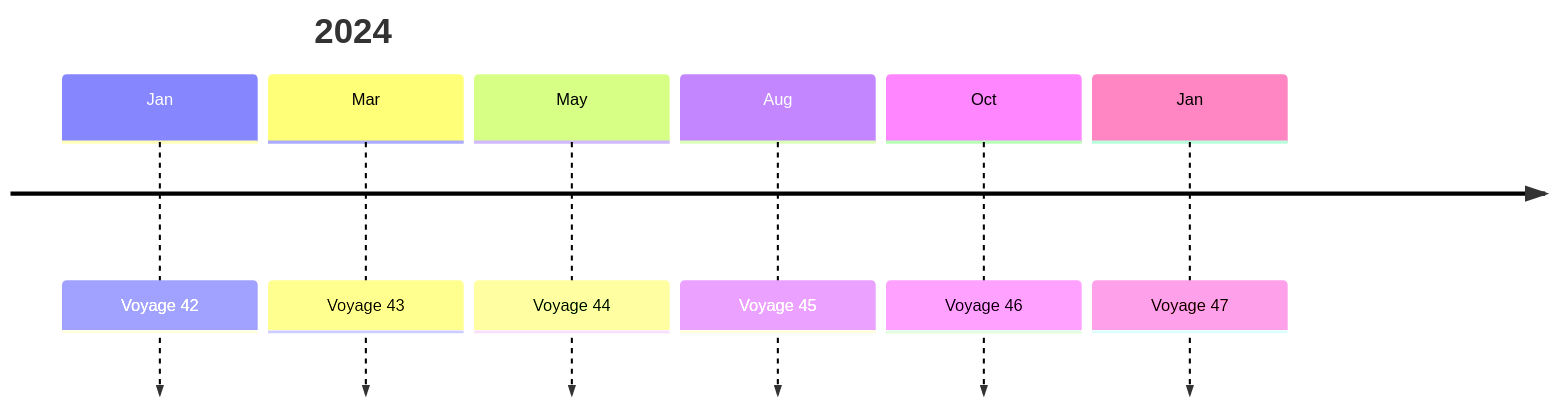
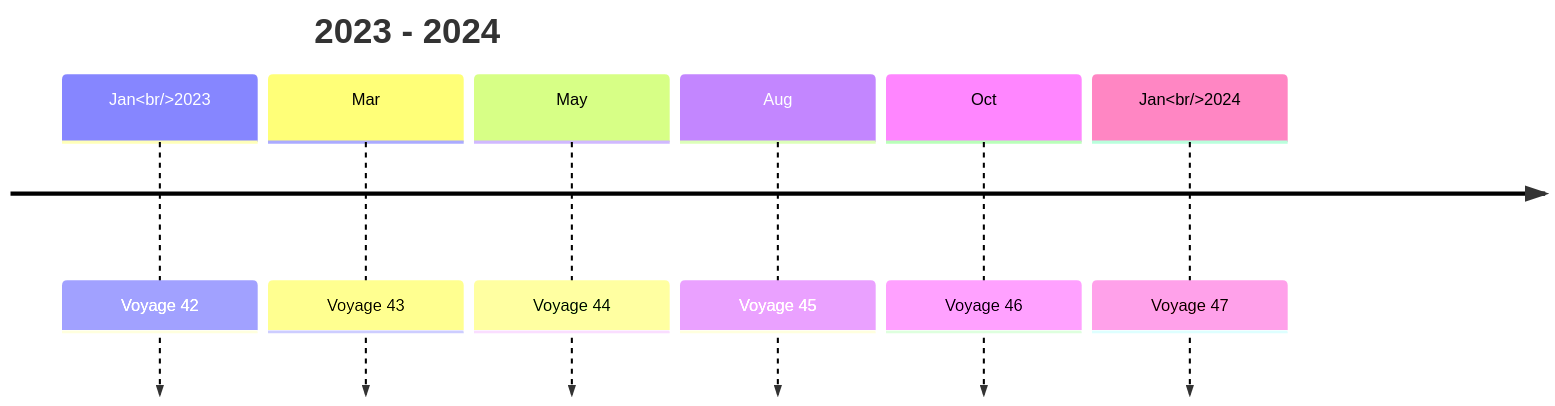
The diagram in docs/guides/voyage.md (chingu-voyages/Handbook), drawn with Mermaid before and after one commit. The commit also changed other lines of this file, not shown here.

Commit message:
Feature: Update Voyage schedule [WIP]

````diff
--- a/docs/guides/voyage.md
+++ b/docs/guides/voyage.md
@@ -17,11 +17,10 @@
 ```mermaid
 timeline
-    title 2023
-    Jan : Voyage 42
+    title 2023 - 2024
+    Jan<br/>2023 : Voyage 42
     Mar : Voyage 43
     May : Voyage 44
     Aug : Voyage 45
     Oct : Voyage 46
-    title 2024
-    Jan : Voyage 47
+    Jan<br/>2024 : Voyage 47
 ```
````
